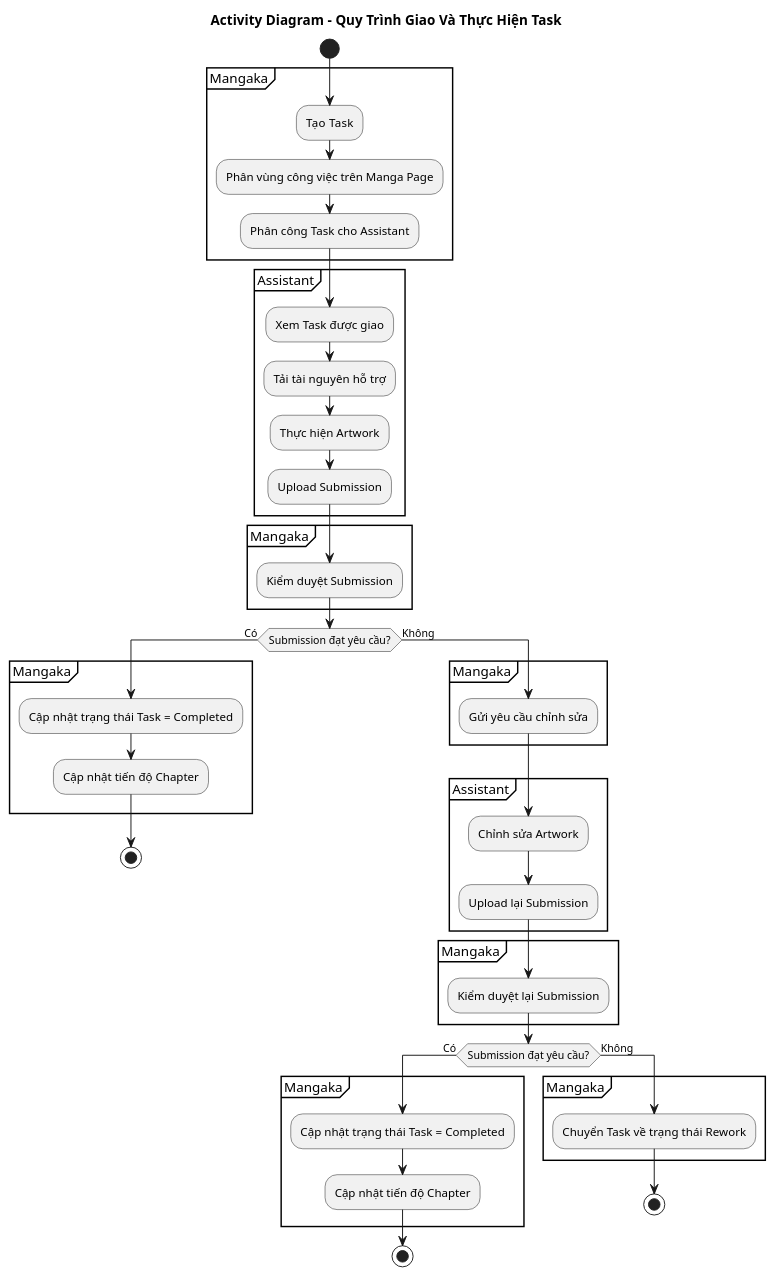
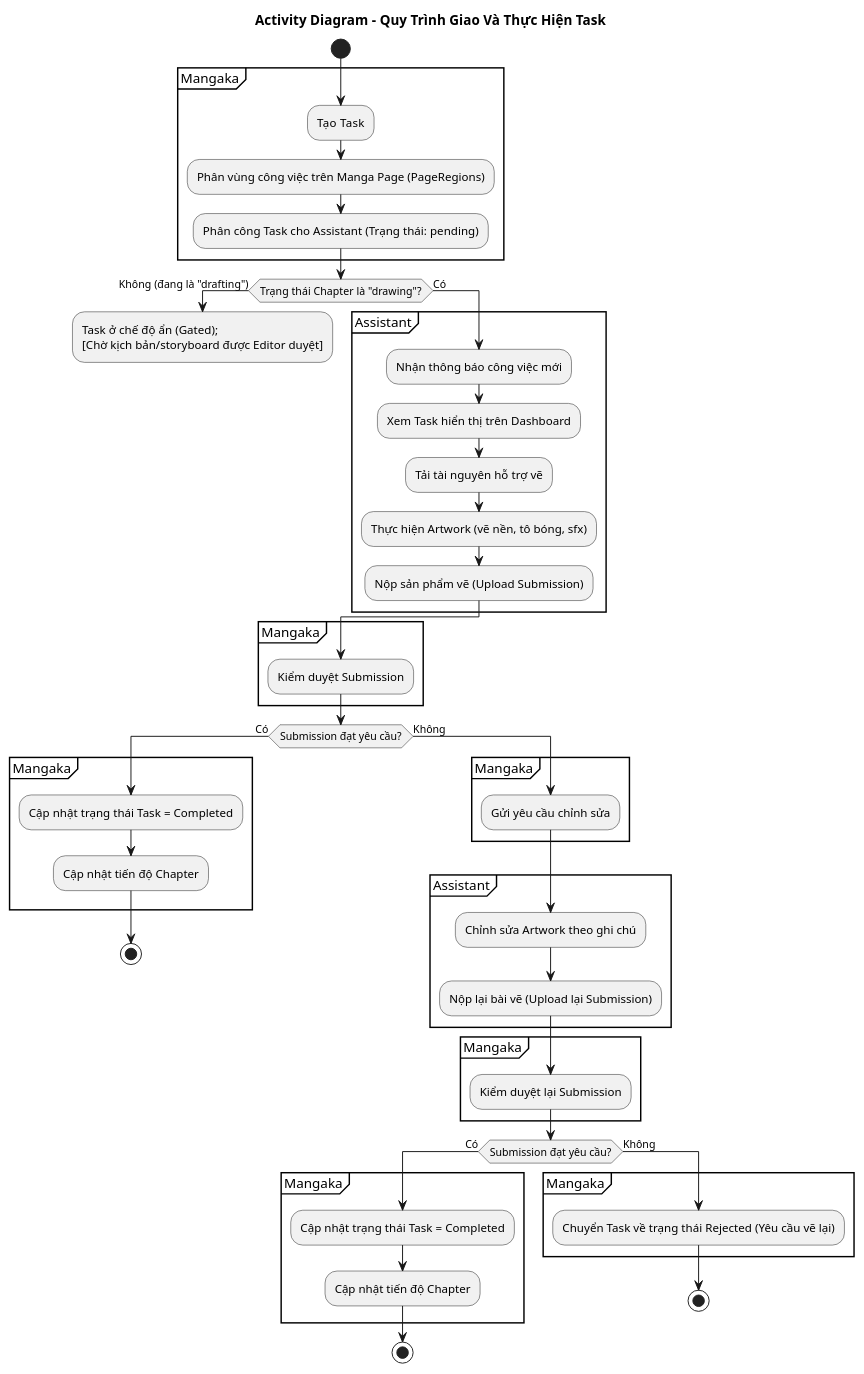
Before and after one commit to trongtan0079/manga-workflow-report: the diagram in UML/Activity_Diagram_Quy_Trình_Giao_Và_Thực_Hiện_Task.puml, drawn with PlantUML. The commit also changed 10 other files, not shown here.

Commit message:
Dong bo thiet ke va sua cac loi cu phap, dinhsatchu cua cac so do nguon PlantUML (.puml)

```diff
--- a/UML/Activity_Diagram_Quy_Trình_Giao_Và_Thực_Hiện_Task.puml
+++ b/UML/Activity_Diagram_Quy_Trình_Giao_Và_Thực_Hiện_Task.puml
@@ -1,60 +1,66 @@
 @startuml
 title Activity Diagram - Quy Trình Giao Và Thực Hiện Task
 
 skinparam backgroundColor white
 skinparam shadowing false
 skinparam linetype ortho
 skinparam activityDiamondOrientation vertical
 
 start
 
 partition Mangaka {
   :Tạo Task;
-  :Phân vùng công việc trên Manga Page;
-  :Phân công Task cho Assistant;
+  :Phân vùng công việc trên Manga Page (PageRegions);
+  :Phân công Task cho Assistant (Trạng thái: pending);
 }
 
-partition Assistant {
-  :Xem Task được giao;
-  :Tải tài nguyên hỗ trợ;
-  :Thực hiện Artwork;
-  :Upload Submission;
-}
+if (Trạng thái Chapter là "drawing"?) then (Không (đang là "drafting"))
+  :Task ở chế độ ẩn (Gated);\n[Chờ kịch bản/storyboard được Editor duyệt];
+  detach
+else (Có)
+  partition Assistant {
+    :Nhận thông báo công việc mới;
+    :Xem Task hiển thị trên Dashboard;
+    :Tải tài nguyên hỗ trợ vẽ;
+    :Thực hiện Artwork (vẽ nền, tô bóng, sfx);
+    :Nộp sản phẩm vẽ (Upload Submission);
+  }
+endif
 
 partition Mangaka {
   :Kiểm duyệt Submission;
 }
 
 if (Submission đạt yêu cầu?) then (Có)
   partition Mangaka {
     :Cập nhật trạng thái Task = Completed;
     :Cập nhật tiến độ Chapter;
   }
   stop
 else (Không)
   partition Mangaka {
     :Gửi yêu cầu chỉnh sửa;
   }
   partition Assistant {
-    :Chỉnh sửa Artwork;
-    :Upload lại Submission;
+    :Chỉnh sửa Artwork theo ghi chú;
+    :Nộp lại bài vẽ (Upload lại Submission);
   }
   partition Mangaka {
     :Kiểm duyệt lại Submission;
   }
 
   if (Submission đạt yêu cầu?) then (Có)
     partition Mangaka {
       :Cập nhật trạng thái Task = Completed;
       :Cập nhật tiến độ Chapter;
     }
     stop
   else (Không)
     partition Mangaka {
-      :Chuyển Task về trạng thái Rework;
+      :Chuyển Task về trạng thái Rejected (Yêu cầu vẽ lại);
     }
     stop
   endif
 endif
 
 @enduml
```
